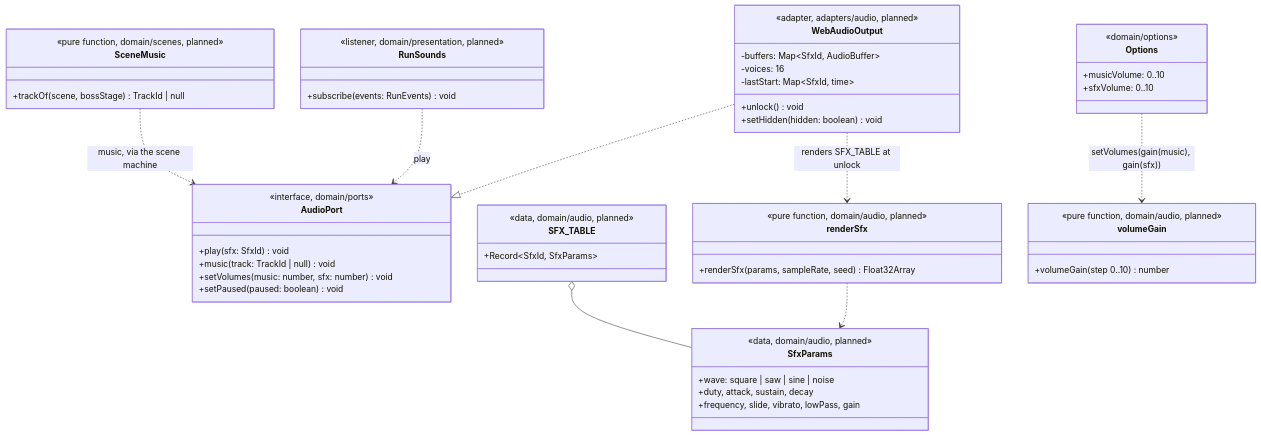
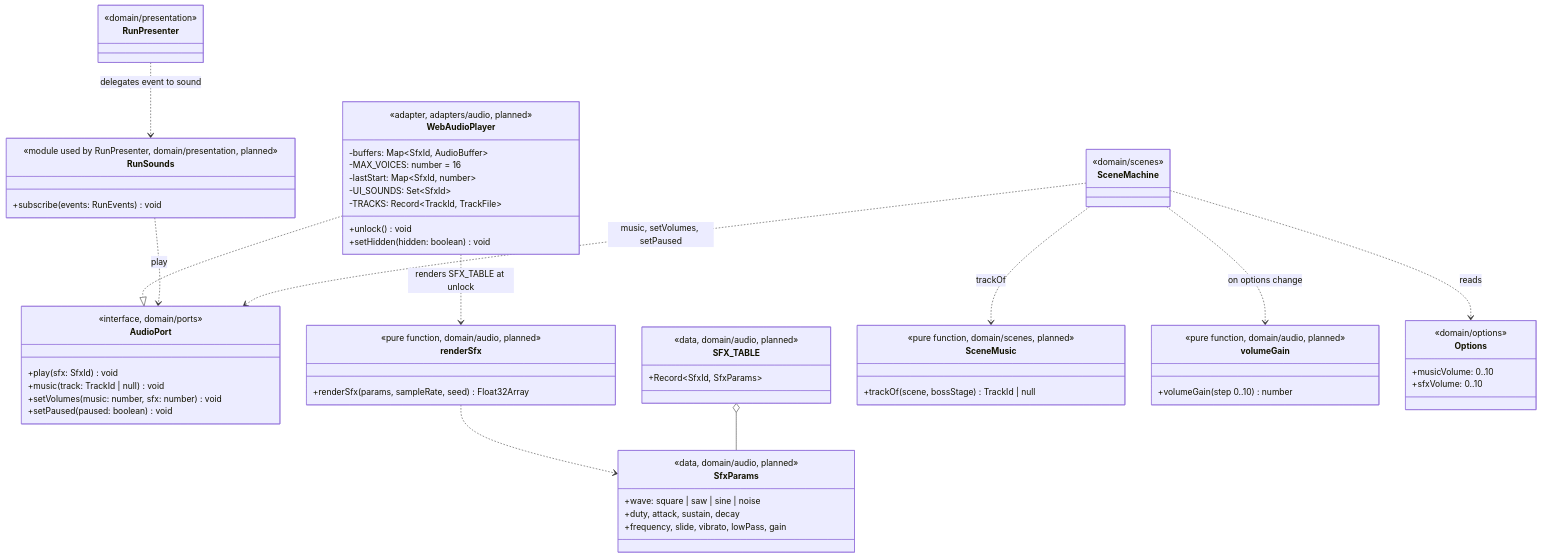
The first of 2 diagrams in docs/architecture/diagrams/audio/04-class-audio.md (benoit-bremaud/retro-shmup), drawn with Mermaid before and after one commit. The commit also changed other lines of this file and 5 other files, not shown here.

Commit message:
docs(uml): align the audio diagram with the component view and ADR-0009

````diff
--- a/docs/architecture/diagrams/audio/04-class-audio.md
+++ b/docs/architecture/diagrams/audio/04-class-audio.md
@@ -21,56 +25,67 @@
 ```mermaid
 classDiagram
   class AudioPort {
     <<interface, domain/ports>>
     +play(sfx: SfxId) void
     +music(track: TrackId | null) void
     +setVolumes(music: number, sfx: number) void
     +setPaused(paused: boolean) void
   }
   class SfxParams {
     <<data, domain/audio, planned>>
     +wave: square | saw | sine | noise
     +duty, attack, sustain, decay
     +frequency, slide, vibrato, lowPass, gain
   }
   class SFX_TABLE {
     <<data, domain/audio, planned>>
     +Record~SfxId, SfxParams~
   }
   class renderSfx {
     <<pure function, domain/audio, planned>>
     +renderSfx(params, sampleRate, seed) Float32Array
   }
   class RunSounds {
-    <<listener, domain/presentation, planned>>
+    <<module used by RunPresenter, domain/presentation, planned>>
     +subscribe(events: RunEvents) void
   }
   class SceneMusic {
     <<pure function, domain/scenes, planned>>
     +trackOf(scene, bossStage) TrackId | null
   }
   class volumeGain {
     <<pure function, domain/audio, planned>>
     +volumeGain(step 0..10) number
   }
-  class WebAudioOutput {
+  class WebAudioPlayer {
     <<adapter, adapters/audio, planned>>
     +unlock() void
     +setHidden(hidden: boolean) void
     -buffers: Map~SfxId, AudioBuffer~
-    -voices: 16
-    -lastStart: Map~SfxId, time~
+    -MAX_VOICES: number = 16
+    -lastStart: Map~SfxId, number~
+    -UI_SOUNDS: Set~SfxId~
+    -TRACKS: Record~TrackId, TrackFile~
+  }
+  class SceneMachine {
+    <<domain/scenes>>
+  }
+  class RunPresenter {
+    <<domain/presentation>>
   }
   class Options {
     <<domain/options>>
     +musicVolume: 0..10
     +sfxVolume: 0..10
   }
-  WebAudioOutput ..|> AudioPort
-  WebAudioOutput ..> renderSfx : renders SFX_TABLE at unlock
+  WebAudioPlayer ..|> AudioPort
+  WebAudioPlayer ..> renderSfx : renders SFX_TABLE at unlock
   renderSfx ..> SfxParams
   SFX_TABLE o-- SfxParams
+  RunPresenter ..> RunSounds : delegates event to sound
   RunSounds ..> AudioPort : play
-  SceneMusic ..> AudioPort : music, via the scene machine
-  Options ..> volumeGain : setVolumes(gain(music), gain(sfx))
+  SceneMachine ..> SceneMusic : trackOf
+  SceneMachine ..> volumeGain : on options change
+  SceneMachine ..> AudioPort : music, setVolumes, setPaused
+  SceneMachine ..> Options : reads
 ```
````
